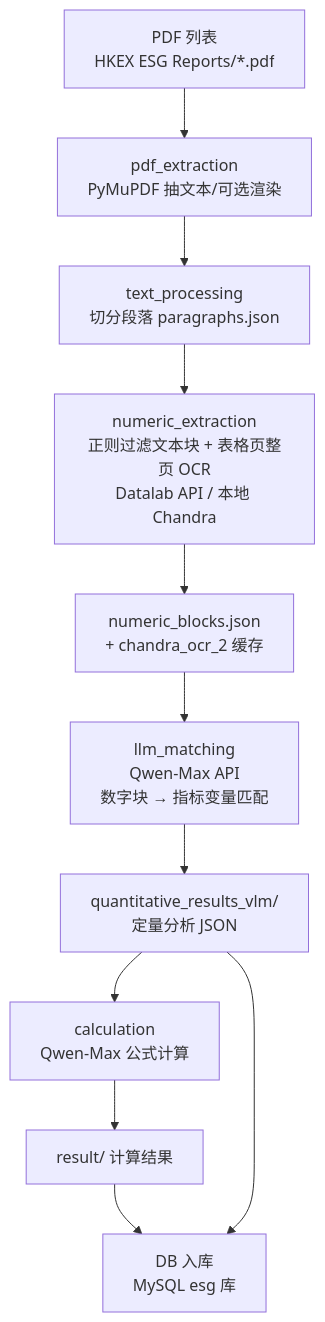
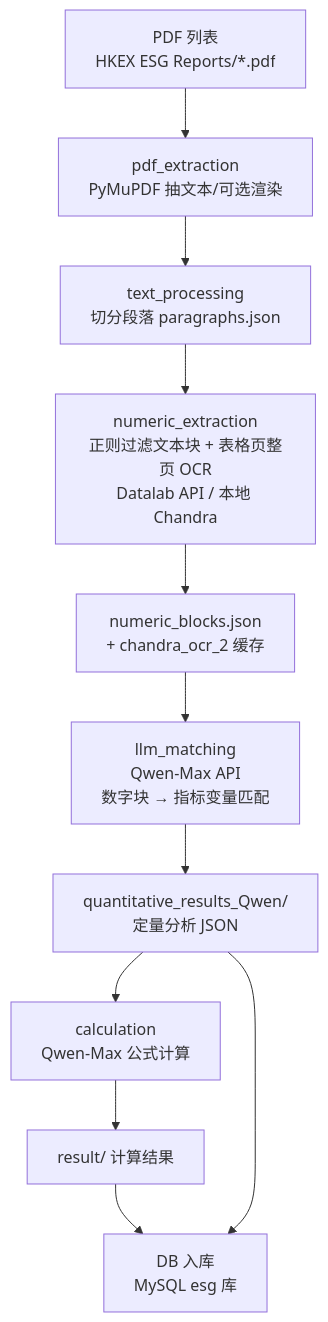
One commit to Evelyn-atg/esg-sync changed the diagram in memory_docs/ESG_Pipeline_Full_Workflow.md. Above: the diagram before and after it, drawn with Mermaid. The commit also changed other lines of this file, not shown here.

Commit message:
docs: quantitative_results_vlm -> quantitative_results_Qwen (5 refs)

````diff
--- a/memory_docs/ESG_Pipeline_Full_Workflow.md
+++ b/memory_docs/ESG_Pipeline_Full_Workflow.md
@@ -12,13 +12,13 @@
 ```mermaid
 flowchart TB
     A["PDF 列表<br/>HKEX ESG Reports/*.pdf"] --> B["pdf_extraction<br/>PyMuPDF 抽文本/可选渲染"]
     B --> C["text_processing<br/>切分段落 paragraphs.json"]
     C --> D["numeric_extraction<br/>正则过滤文本块 + 表格页整页 OCR<br/>Datalab API / 本地 Chandra"]
     D --> E["numeric_blocks.json<br/>+ chandra_ocr_2 缓存"]
     E --> F["llm_matching<br/>Qwen-Max API<br/>数字块 → 指标变量匹配"]
-    F --> G["quantitative_results_vlm/<br/>定量分析 JSON"]
+    F --> G["quantitative_results_Qwen/<br/>定量分析 JSON"]
     G --> H["calculation<br/>Qwen-Max 公式计算"]
     H --> I["result/ 计算结果"]
     I --> L["DB 入库<br/>MySQL esg 库"]
     G --> L
 ```
````
